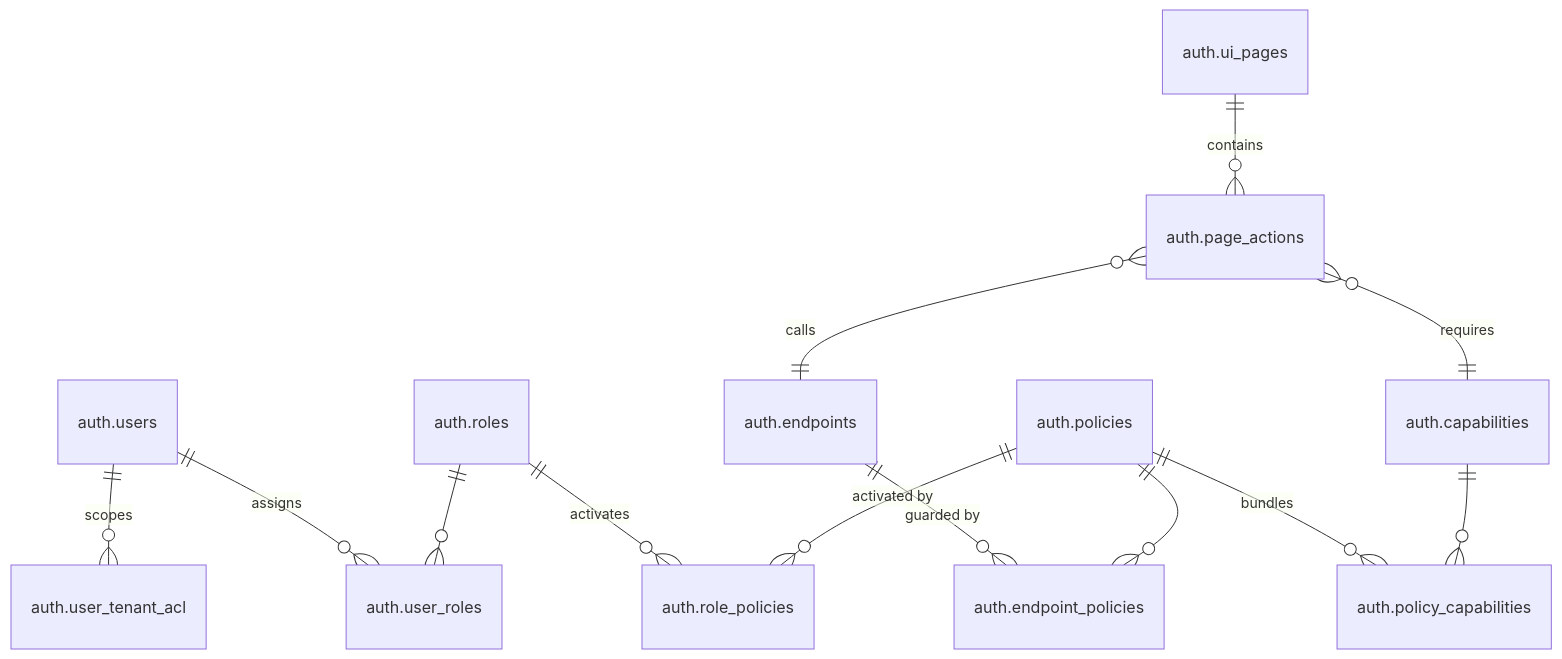
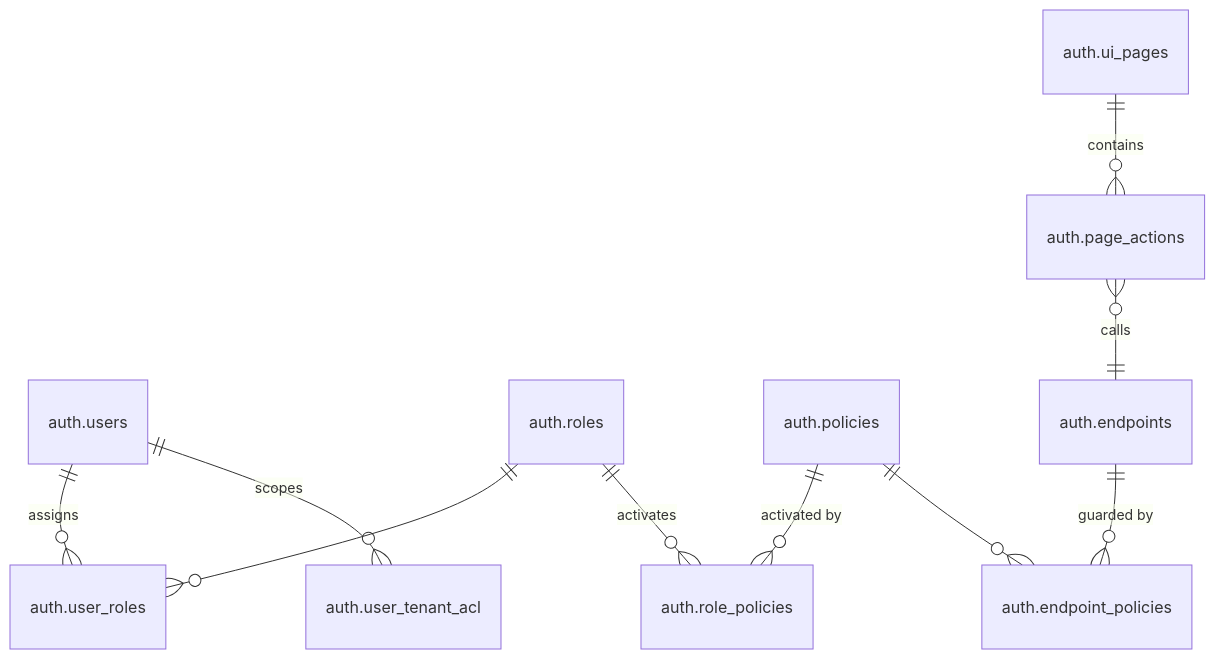
The diagram in LBE/architecture/data-map.md (LaborManagement/documentation), drawn with Mermaid before and after one commit. The commit also changed other lines of this file and 4 other files, not shown here.

````diff
--- a/LBE/architecture/data-map.md
+++ b/LBE/architecture/data-map.md
@@ -9,15 +9,12 @@
 ```mermaid
 erDiagram
     "auth.users" ||--o{ "auth.user_roles" : "assigns"
     "auth.users" ||--o{ "auth.user_tenant_acl" : "scopes"
     "auth.roles" ||--o{ "auth.user_roles" : ""
     "auth.roles" ||--o{ "auth.role_policies" : "activates"
     "auth.policies" ||--o{ "auth.role_policies" : "activated by"
-    "auth.policies" ||--o{ "auth.policy_capabilities" : "bundles"
-    "auth.capabilities" ||--o{ "auth.policy_capabilities" : ""
     "auth.endpoints" ||--o{ "auth.endpoint_policies" : "guarded by"
     "auth.policies" ||--o{ "auth.endpoint_policies" : ""
     "auth.ui_pages" ||--o{ "auth.page_actions" : "contains"
-    "auth.page_actions" }o--|| "auth.capabilities" : "requires"
     "auth.page_actions" }o--|| "auth.endpoints" : "calls"
 ```
````
